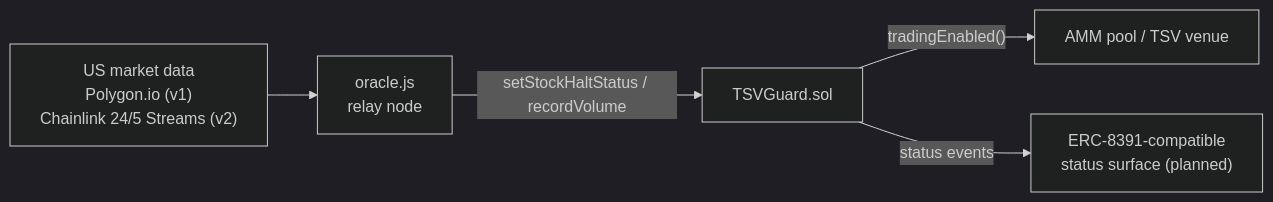
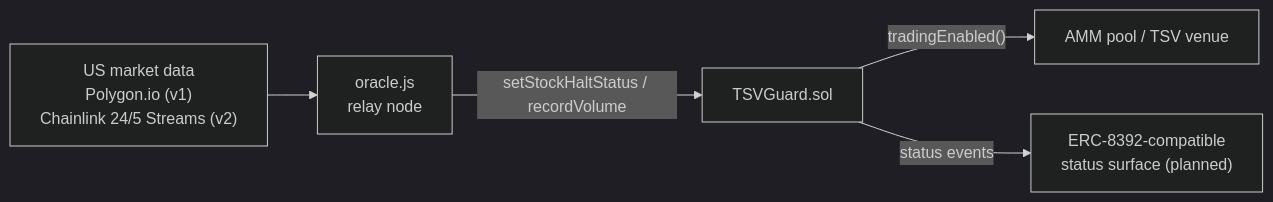
The diagram in README.md (themis-labs/tsv-aegis), drawn with Mermaid (dark theme) before and after one commit. The commit also changed other lines of this file, not shown here.

Commit message:
docs: clarify layer boundaries in scope section, fix ERC-8392 numbering

````diff
--- a/README.md
+++ b/README.md
@@ -41,7 +41,7 @@
 ```mermaid
 flowchart LR
     A["US market data<br/>Polygon.io (v1)<br/>Chainlink 24/5 Streams (v2)"] --> B["oracle.js<br/>relay node"]
     B -->|"setStockHaltStatus / recordVolume"| C["TSVGuard.sol"]
     C -->|"tradingEnabled()"| D["AMM pool / TSV venue"]
-    C -->|"status events"| E["ERC-8391-compatible<br/>status surface (planned)"]
+    C -->|"status events"| E["ERC-8392-compatible<br/>status surface (planned)"]
 ```
````
